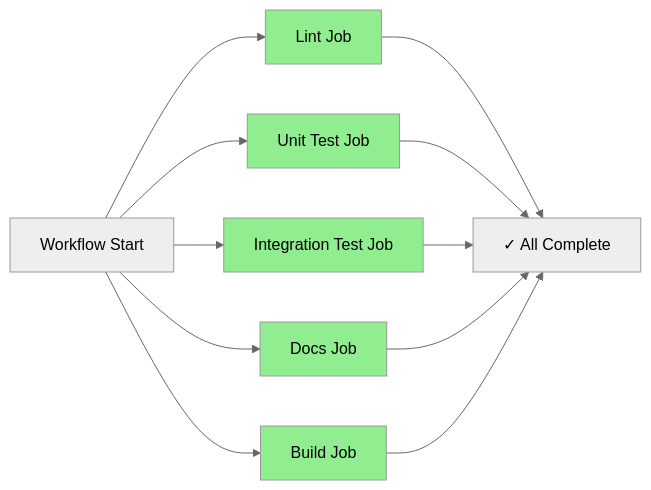
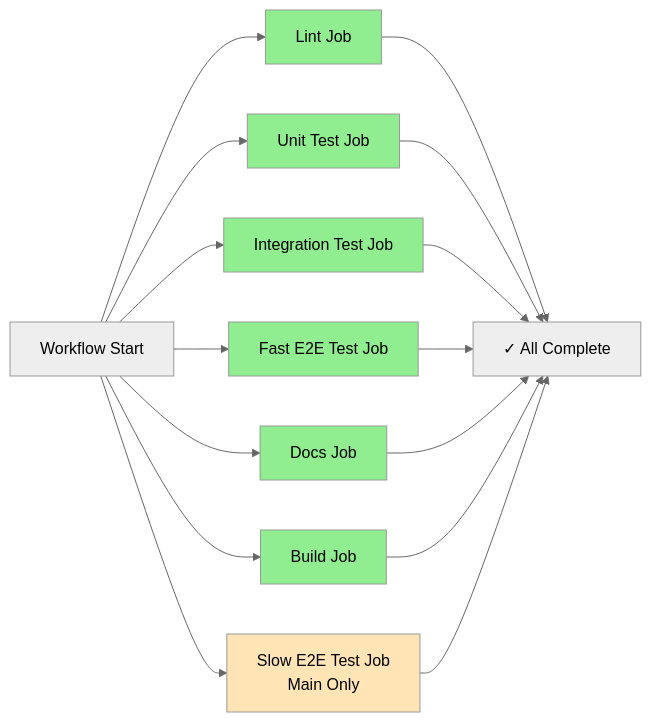
One commit to chipi/podcast_scraper changed the second of 7 diagrams in docs/CI_CD.md. Above: the diagram before and after it, drawn with Mermaid (neutral theme). The commit also changed other lines of this file and 27 other files, not shown here.

````diff
--- a/docs/CI_CD.md
+++ b/docs/CI_CD.md
@@ -132,20 +132,26 @@
 ```mermaid
 graph LR
     A[Workflow Start] --> B[Lint Job]
     A --> C[Unit Test Job]
     A --> D[Integration Test Job]
-    A --> E[Docs Job]
-    A --> F[Build Job]
+    A --> E[Fast E2E Test Job]
+    A --> F[Docs Job]
+    A --> G[Build Job]
+    A --> H[Slow E2E Test Job<br/>Main Only]
     
-    B --> G[✓ All Complete]
-    C --> G
-    D --> G
-    E --> G
-    F --> G
+    B --> I[✓ All Complete]
+    C --> I
+    D --> I
+    E --> I
+    F --> I
+    G --> I
+    H --> I
     
     style B fill:#90EE90
     style C fill:#90EE90
     style D fill:#90EE90
     style E fill:#90EE90
     style F fill:#90EE90
+    style G fill:#90EE90
+    style H fill:#FFE4B5
 ```
````
